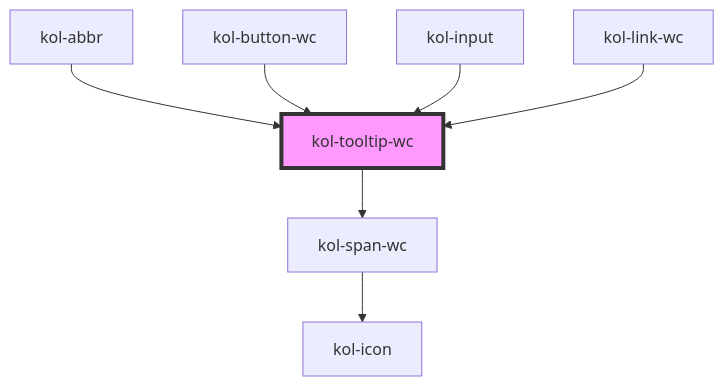
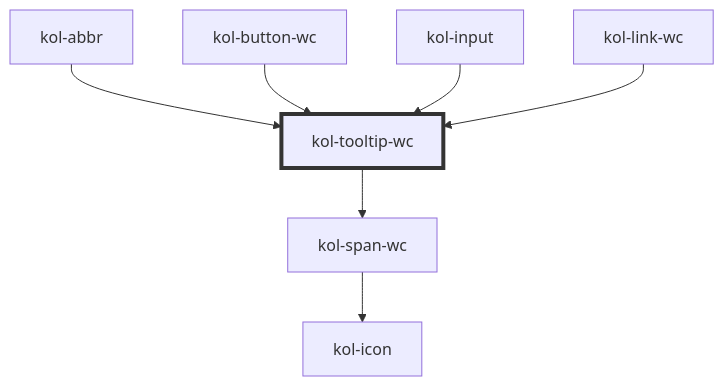
One commit to public-ui/kolibri changed the diagram in packages/components/src/components/tooltip/readme.md. Above: the diagram before and after it, drawn with Mermaid. The commit also changed 40 other files, not shown here.

````diff
--- a/packages/components/src/components/tooltip/readme.md
+++ b/packages/components/src/components/tooltip/readme.md
@@ -60,10 +60,10 @@
 ```mermaid
 graph TD;
   kol-tooltip-wc --> kol-span-wc
   kol-span-wc --> kol-icon
   kol-abbr --> kol-tooltip-wc
   kol-button-wc --> kol-tooltip-wc
   kol-input --> kol-tooltip-wc
   kol-link-wc --> kol-tooltip-wc
-  style kol-tooltip-wc fill:#f9f,stroke:#333,stroke-width:4px
+  style kol-tooltip-wc stroke:#333,stroke-width:4px
 ```
````
